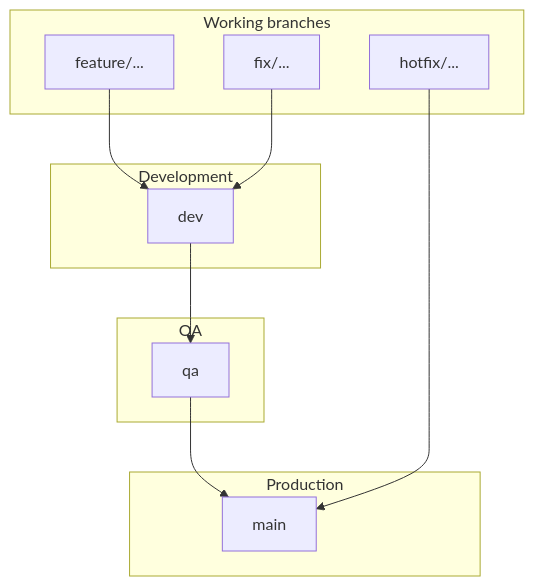
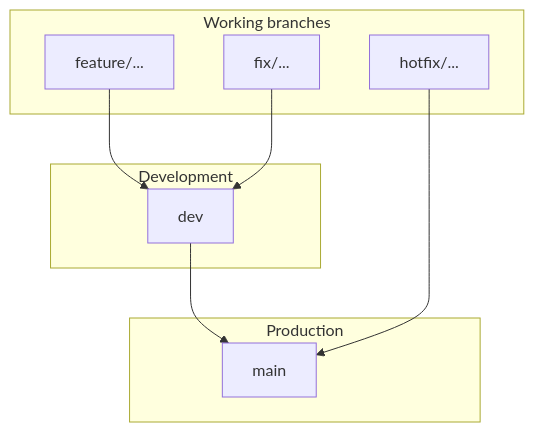
Before and after one commit to nikunjmavani/core-be: the diagram in docs/process/git-workflow.md, drawn with Mermaid. The commit also changed other lines of this file and 145 other files, not shown here.

````diff
--- a/docs/process/git-workflow.md
+++ b/docs/process/git-workflow.md
@@ -55,26 +54,21 @@
 ```mermaid
 flowchart TB
   subgraph prod [Production]
     main[main]
-  end
-
-  subgraph qa_env [QA]
-    qa[qa]
   end
 
   subgraph dev_env [Development]
     dev[dev]
   end
 
   subgraph work [Working branches]
     feature[feature/...]
     fix[fix/...]
     hotfix[hotfix/...]
   end
 
   feature --> dev
   fix --> dev
-  dev --> qa
-  qa --> main
+  dev --> main
   hotfix --> main
 ```
````
